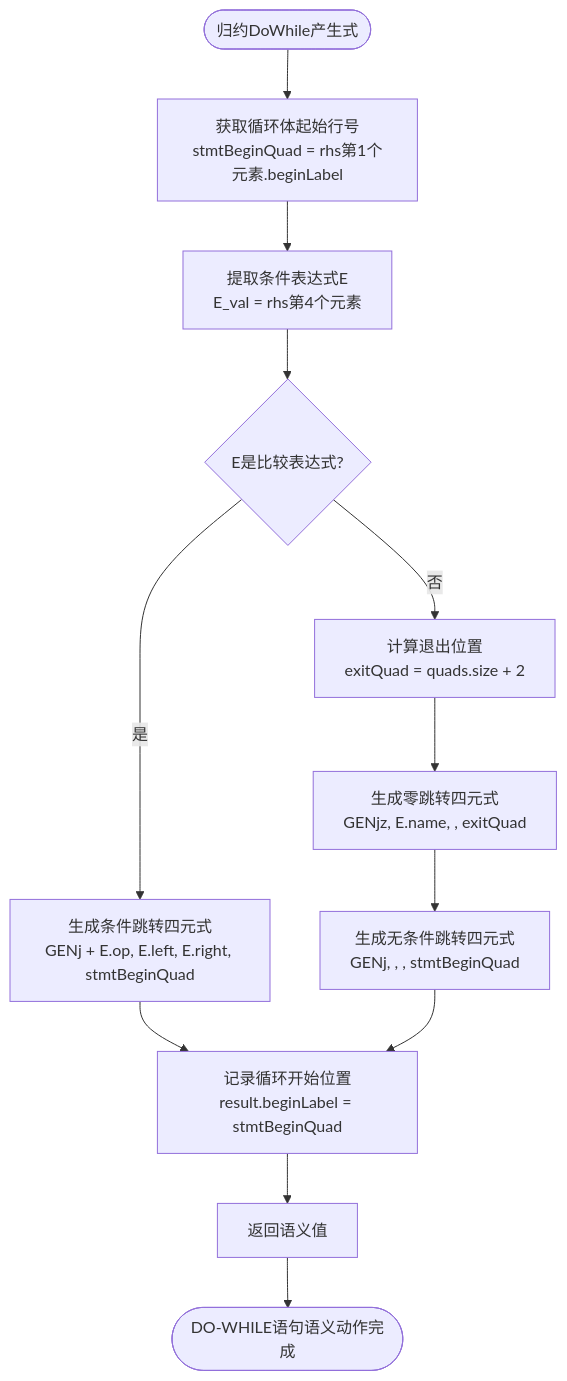
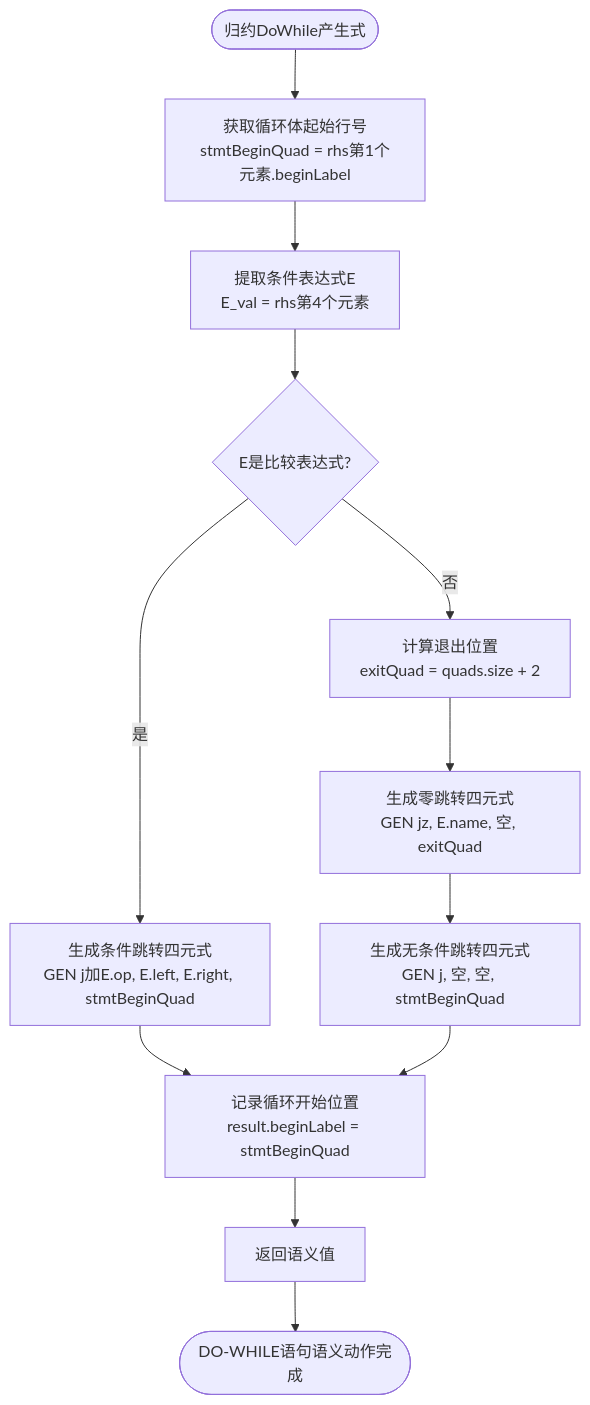
Before and after one commit to zhengky-paper-account/-CF-OF-: the eighth of 8 diagrams in README.md, drawn with Mermaid. The commit also changed other lines of this file, not shown here.

Commit message:
Fix flowchart syntax in README.md

````diff
--- a/README.md
+++ b/README.md
@@ -113,14 +113,14 @@
 ```mermaid
 flowchart TD
     开始([归约DoWhile产生式]) --> 获取循环起始[获取循环体起始行号<br/>stmtBeginQuad = rhs第1个元素.beginLabel]
     获取循环起始 --> 提取条件表达式[提取条件表达式E<br/>E_val = rhs第4个元素]
     提取条件表达式 --> 判断表达式类型{E是比较表达式?}
-    判断表达式类型 -->|是| 生成条件跳转[生成条件跳转四元式<br/>GENj + E.op, E.left, E.right, stmtBeginQuad]
+    判断表达式类型 -->|是| 生成条件跳转[生成条件跳转四元式<br/>GEN j加E.op, E.left, E.right, stmtBeginQuad]
     判断表达式类型 -->|否| 计算退出位置[计算退出位置<br/>exitQuad = quads.size + 2]
-    计算退出位置 --> 生成零跳转[生成零跳转四元式<br/>GENjz, E.name, , exitQuad]
-    生成零跳转 --> 生成无条件跳转[生成无条件跳转四元式<br/>GENj, , , stmtBeginQuad]
+    计算退出位置 --> 生成零跳转[生成零跳转四元式<br/>GEN jz, E.name, 空, exitQuad]
+    生成零跳转 --> 生成无条件跳转[生成无条件跳转四元式<br/>GEN j, 空, 空, stmtBeginQuad]
     生成条件跳转 --> 记录开始位置[记录循环开始位置<br/>result.beginLabel = stmtBeginQuad]
     生成无条件跳转 --> 记录开始位置
     记录开始位置 --> 返回结果[返回语义值]
     返回结果 --> 结束([DO-WHILE语句语义动作完成])
 ```
````
